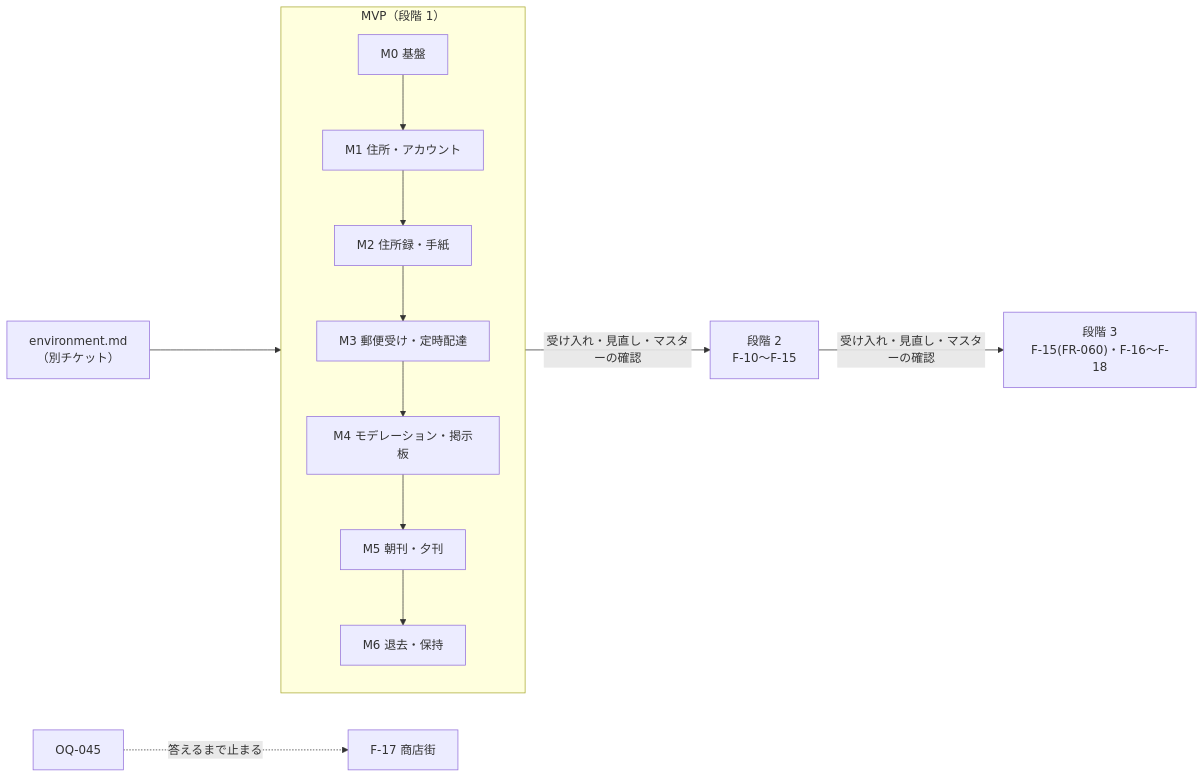
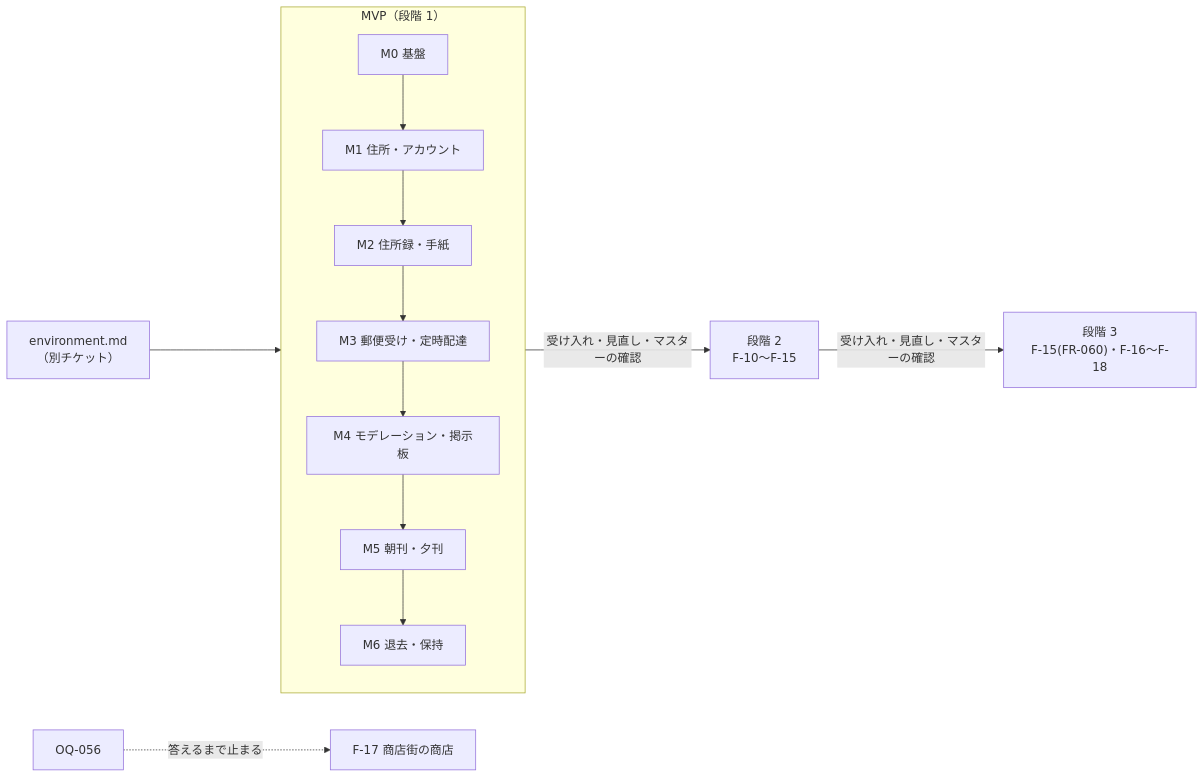
Before and after one commit to BONUS-git/yuguregaoka-3chome: the diagram in .ai/roadmap.md, drawn with Mermaid. The commit also changed other lines of this file and 9 other files, not shown here.

````diff
--- a/.ai/roadmap.md
+++ b/.ai/roadmap.md
@@ -70,10 +70,10 @@
 ```mermaid
 flowchart LR
     ENV["environment.md\n（別チケット）"] --> MVP
     subgraph MVP["MVP（段階 1）"]
         M0["M0 基盤"] --> M1["M1 住所・アカウント"] --> M2["M2 住所録・手紙"] --> M3["M3 郵便受け・定時配達"] --> M4["M4 モデレーション・掲示板"] --> M5["M5 朝刊・夕刊"] --> M6["M6 退去・保持"]
     end
     MVP -->|"受け入れ・見直し・マスターの確認"| S2["段階 2\nF-10〜F-15"]
     S2 -->|"受け入れ・見直し・マスターの確認"| S3["段階 3\nF-15(FR-060)・F-16〜F-18"]
-    OQ45["OQ-045"] -.->|答えるまで止まる| F17["F-17 商店街"]
+    OQ56["OQ-056"] -.->|答えるまで止まる| F17["F-17 商店街の商店"]
 ```
````
